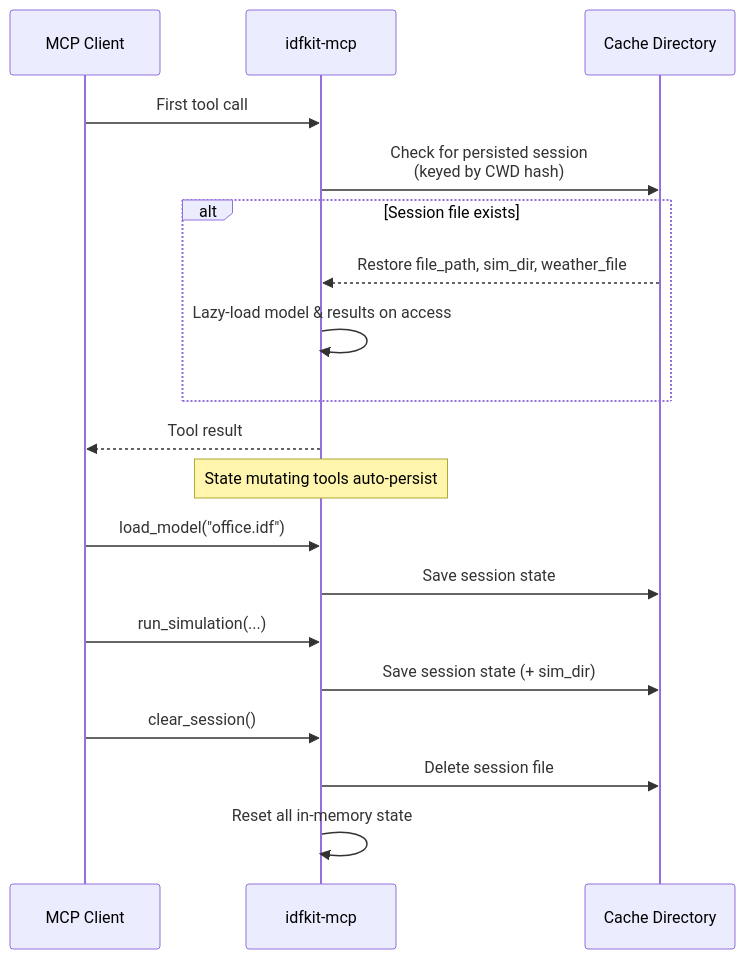
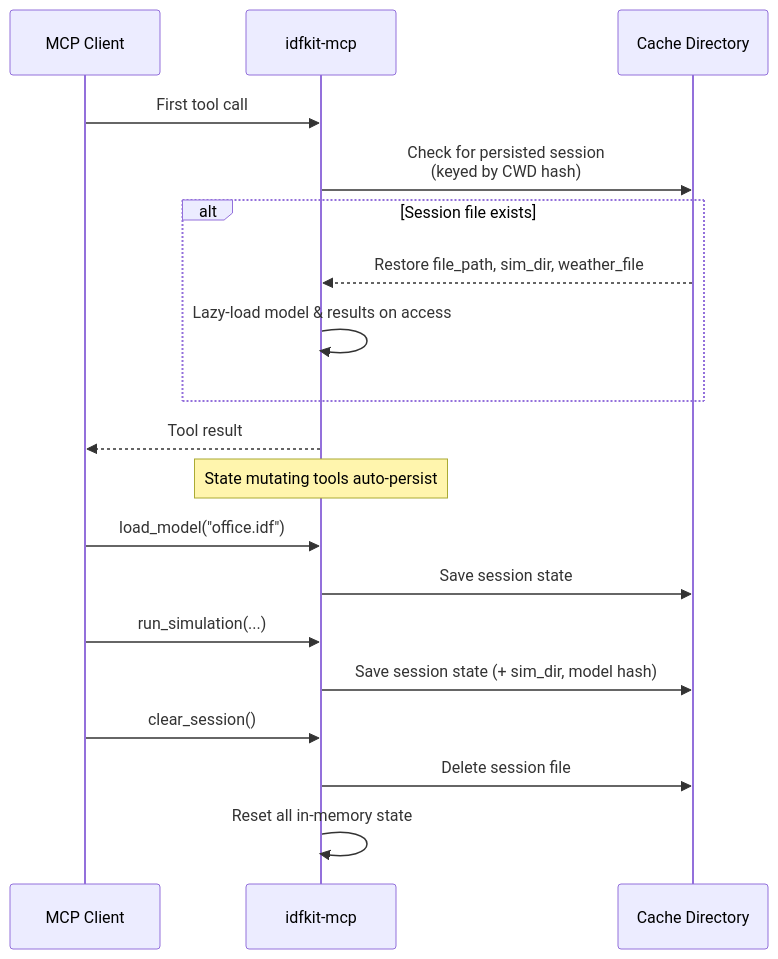
One commit to idfkit/idfkit-mcp changed the third of 5 diagrams in docs/concepts/architecture.md. Above: the diagram before and after it, drawn with Mermaid. The commit also changed other lines of this file and 27 other files, not shown here.

````diff
--- a/docs/concepts/architecture.md
+++ b/docs/concepts/architecture.md
@@ -139,25 +139,25 @@
 ```mermaid
 sequenceDiagram
     participant Client as MCP Client
     participant Server as idfkit-mcp
     participant Disk as Cache Directory
 
     Client->>Server: First tool call
     Server->>Disk: Check for persisted session<br/>(keyed by CWD hash)
     alt Session file exists
         Disk-->>Server: Restore file_path, sim_dir, weather_file
         Server->>Server: Lazy-load model & results on access
     end
     Server-->>Client: Tool result
 
     Note over Server: State mutating tools auto-persist
 
     Client->>Server: load_model("office.idf")
     Server->>Disk: Save session state
     Client->>Server: run_simulation(...)
-    Server->>Disk: Save session state (+ sim_dir)
+    Server->>Disk: Save session state (+ sim_dir, model hash)
 
     Client->>Server: clear_session()
     Server->>Disk: Delete session file
     Server->>Server: Reset all in-memory state
 ```
````
